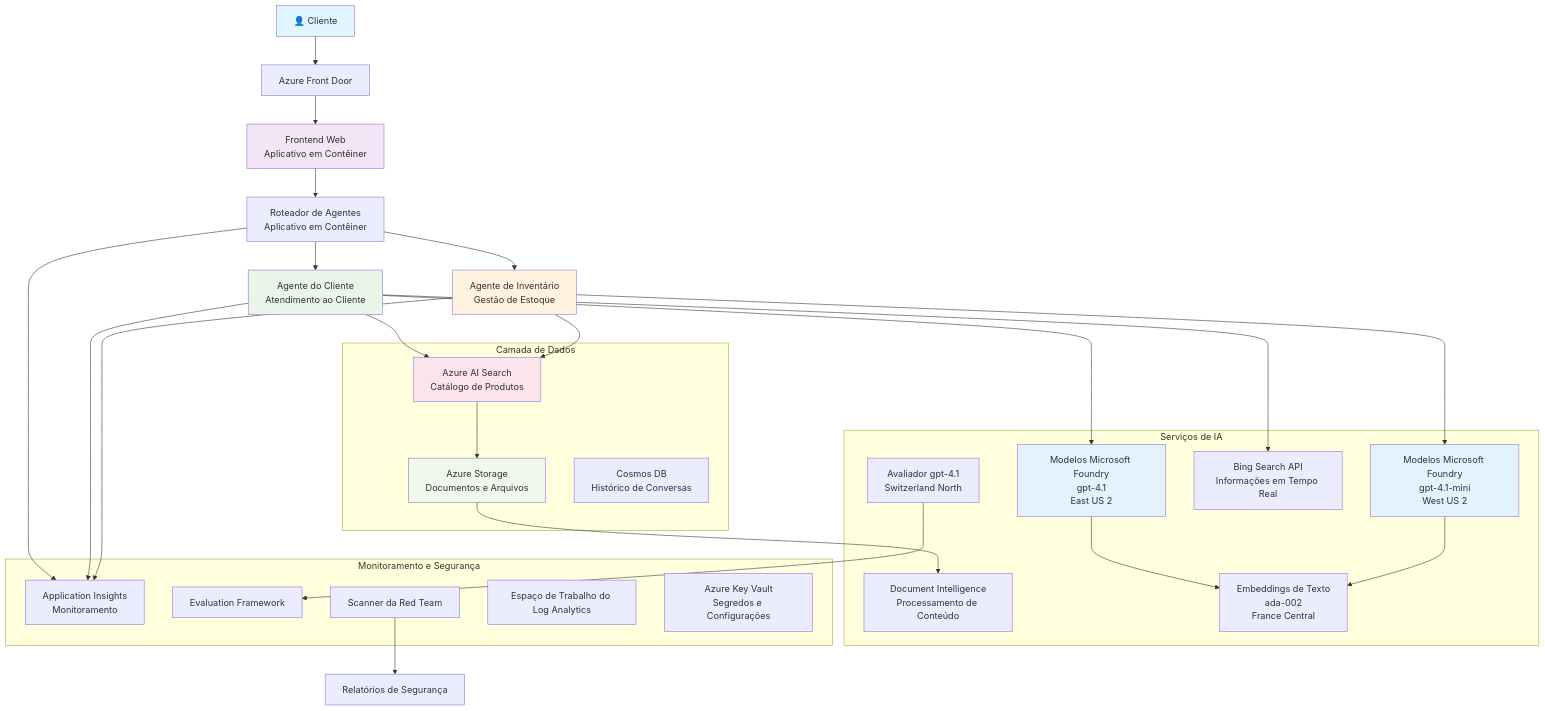
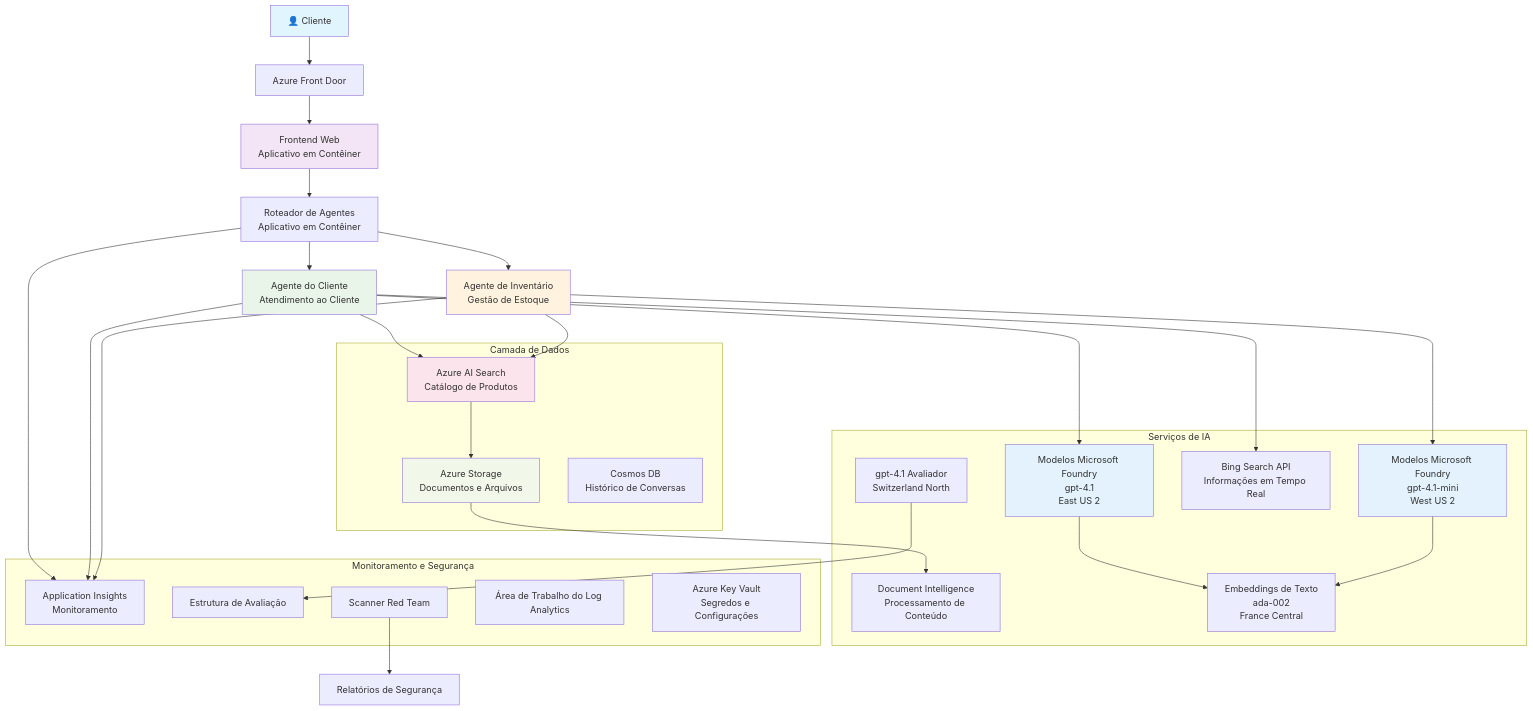
The diagram in translations/pt-BR/examples/retail-scenario.md (microsoft/AZD-for-beginners), drawn with Mermaid before and after one commit. The commit also changed other lines of this file and 104 other files, not shown here.

````diff
--- a/translations/pt-BR/examples/retail-scenario.md
+++ b/translations/pt-BR/examples/retail-scenario.md
@@ -139,61 +139,61 @@
 ```mermaid
 graph TB
     User[👤 Cliente] --> LB[Azure Front Door]
     LB --> WebApp[Frontend Web<br/>Aplicativo em Contêiner]
     
     WebApp --> Router[Roteador de Agentes<br/>Aplicativo em Contêiner]
     Router --> CustomerAgent[Agente do Cliente<br/>Atendimento ao Cliente]
     Router --> InvAgent[Agente de Inventário<br/>Gestão de Estoque]
     
     CustomerAgent --> OpenAI1[Modelos Microsoft Foundry<br/>gpt-4.1<br/>East US 2]
     InvAgent --> OpenAI2[Modelos Microsoft Foundry<br/>gpt-4.1-mini<br/>West US 2]
     
     CustomerAgent --> AISearch[Azure AI Search<br/>Catálogo de Produtos]
     CustomerAgent --> BingSearch[Bing Search API<br/>Informações em Tempo Real]
     InvAgent --> AISearch
     
     AISearch --> Storage[Azure Storage<br/>Documentos e Arquivos]
     Storage --> DocIntel[Document Intelligence<br/>Processamento de Conteúdo]
     
     OpenAI1 --> Embeddings[Embeddings de Texto<br/>ada-002<br/>France Central]
     OpenAI2 --> Embeddings
     
     Router --> AppInsights[Application Insights<br/>Monitoramento]
     CustomerAgent --> AppInsights
     InvAgent --> AppInsights
     
-    GraderModel[Avaliador gpt-4.1<br/>Switzerland North] --> Evaluation[Evaluation Framework]
-    RedTeam[Scanner da Red Team] --> SecurityReports[Relatórios de Segurança]
+    GraderModel[gpt-4.1 Avaliador<br/>Switzerland North] --> Evaluation[Estrutura de Avaliação]
+    RedTeam[Scanner Red Team] --> SecurityReports[Relatórios de Segurança]
     
     subgraph "Camada de Dados"
         Storage
         AISearch
         CosmosDB[Cosmos DB<br/>Histórico de Conversas]
     end
     
     subgraph "Serviços de IA"
         OpenAI1
         OpenAI2
         Embeddings
         GraderModel
         DocIntel
         BingSearch
     end
     
     subgraph "Monitoramento e Segurança"
         AppInsights
-        LogAnalytics[Espaço de Trabalho do Log Analytics]
+        LogAnalytics[Área de Trabalho do Log Analytics]
         KeyVault[Azure Key Vault<br/>Segredos e Configurações]
         RedTeam
         Evaluation
     end
     
     style User fill:#e1f5fe
     style WebApp fill:#f3e5f5
     style CustomerAgent fill:#e8f5e8
     style InvAgent fill:#fff3e0
     style OpenAI1 fill:#e3f2fd
     style OpenAI2 fill:#e3f2fd
     style AISearch fill:#fce4ec
     style Storage fill:#f1f8e9
 ```
````
